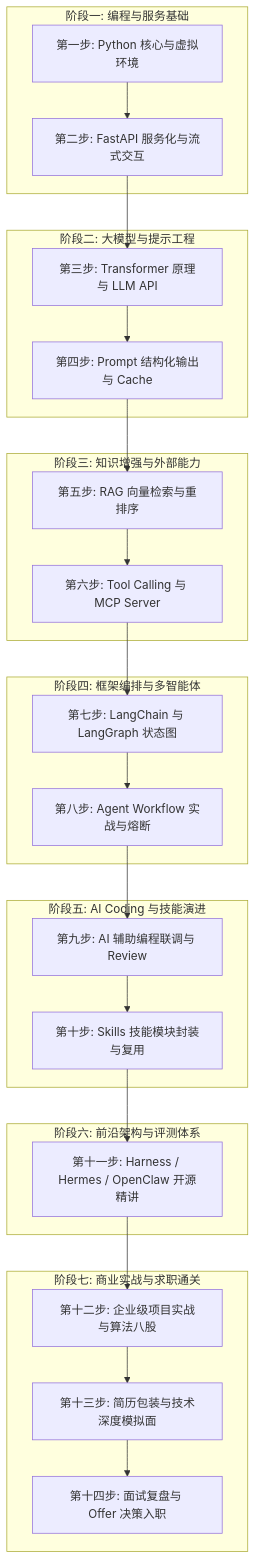
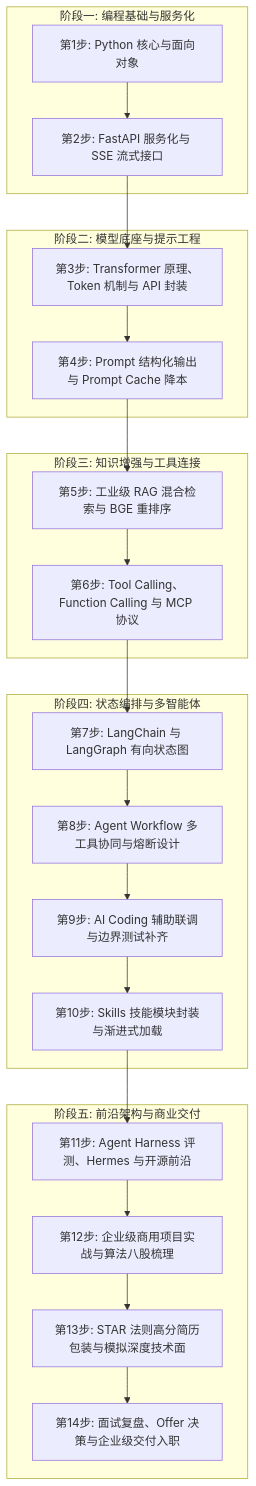
One commit to zackzhangkai/ai-agent-tutorial changed the diagram in 网盘交付资料包/02_Markdown全套源码与分章文档/02-roadmap.md. Above: the diagram before and after it, drawn with Mermaid. The commit also changed other lines of this file and 82 other files, not shown here.

````diff
--- a/网盘交付资料包/02_Markdown全套源码与分章文档/02-roadmap.md
+++ b/网盘交付资料包/02_Markdown全套源码与分章文档/02-roadmap.md
@@ -9,36 +14,30 @@
 ```mermaid
 flowchart TD
-    subgraph 阶段一[阶段一: 编程与服务基础]
-        S01["第一步: Python 核心与虚拟环境"] --> S02["第二步: FastAPI 服务化与流式交互"]
+    subgraph S1[阶段一: 编程基础与服务化]
+        Step1[第1步: Python 核心与面向对象] --> Step2[第2步: FastAPI 服务化与 SSE 流式接口]
     end
 
-    subgraph 阶段二[阶段二: 大模型与提示工程]
-        S02 --> S03["第三步: Transformer 原理与 LLM API"]
-        S03 --> S04["第四步: Prompt 结构化输出与 Cache"]
+    subgraph S2[阶段二: 模型底座与提示工程]
+        Step2 --> Step3[第3步: Transformer 原理、Token 机制与 API 封装]
+        Step3 --> Step4[第4步: Prompt 结构化输出与 Prompt Cache 降本]
     end
 
-    subgraph 阶段三[阶段三: 知识增强与外部能力]
-        S04 --> S05["第五步: RAG 向量检索与重排序"]
-        S05 --> S06["第六步: Tool Calling 与 MCP Server"]
+    subgraph S3[阶段三: 知识增强与工具连接]
+        Step4 --> Step5[第5步: 工业级 RAG 混合检索与 BGE 重排序]
+        Step5 --> Step6[第6步: Tool Calling、Function Calling 与 MCP 协议]
     end
 
-    subgraph 阶段四[阶段四: 框架编排与多智能体]
-        S06 --> S07["第七步: LangChain 与 LangGraph 状态图"]
-        S07 --> S08["第八步: Agent Workflow 实战与熔断"]
+    subgraph S4[阶段四: 状态编排与多智能体]
+        Step6 --> Step7[第7步: LangChain 与 LangGraph 有向状态图]
+        Step7 --> Step8[第8步: Agent Workflow 多工具协同与熔断设计]
+        Step8 --> Step9[第9步: AI Coding 辅助联调与边界测试补齐]
+        Step9 --> Step10[第10步: Skills 技能模块封装与渐进式加载]
     end
 
-    subgraph 阶段五[阶段五: AI Coding 与技能演进]
-        S08 --> S09["第九步: AI 辅助编程联调与 Review"]
-        S09 --> S10["第十步: Skills 技能模块封装与复用"]
-    end
-
-    subgraph 阶段六[阶段六: 前沿架构与评测体系]
-        S10 --> S11["第十一步: Harness / Hermes / OpenClaw 开源精讲"]
-    end
-
-    subgraph 阶段七[阶段七: 商业实战与求职通关]
-        S11 --> S12["第十二步: 企业级项目实战与算法八股"]
-        S12 --> S13["第十三步: 简历包装与技术深度模拟面"]
-        S13 --> S14["第十四步: 面试复盘与 Offer 决策入职"]
+    subgraph S5[阶段五: 前沿架构与商业交付]
+        Step10 --> Step11[第11步: Agent Harness 评测、Hermes 与开源前沿]
+        Step11 --> Step12[第12步: 企业级商用项目实战与算法八股梳理]
+        Step12 --> Step13[第13步: STAR 法则高分简历包装与模拟深度技术面]
+        Step13 --> Step14[第14步: 面试复盘、Offer 决策与企业级交付入职]
     end
 ```
````
